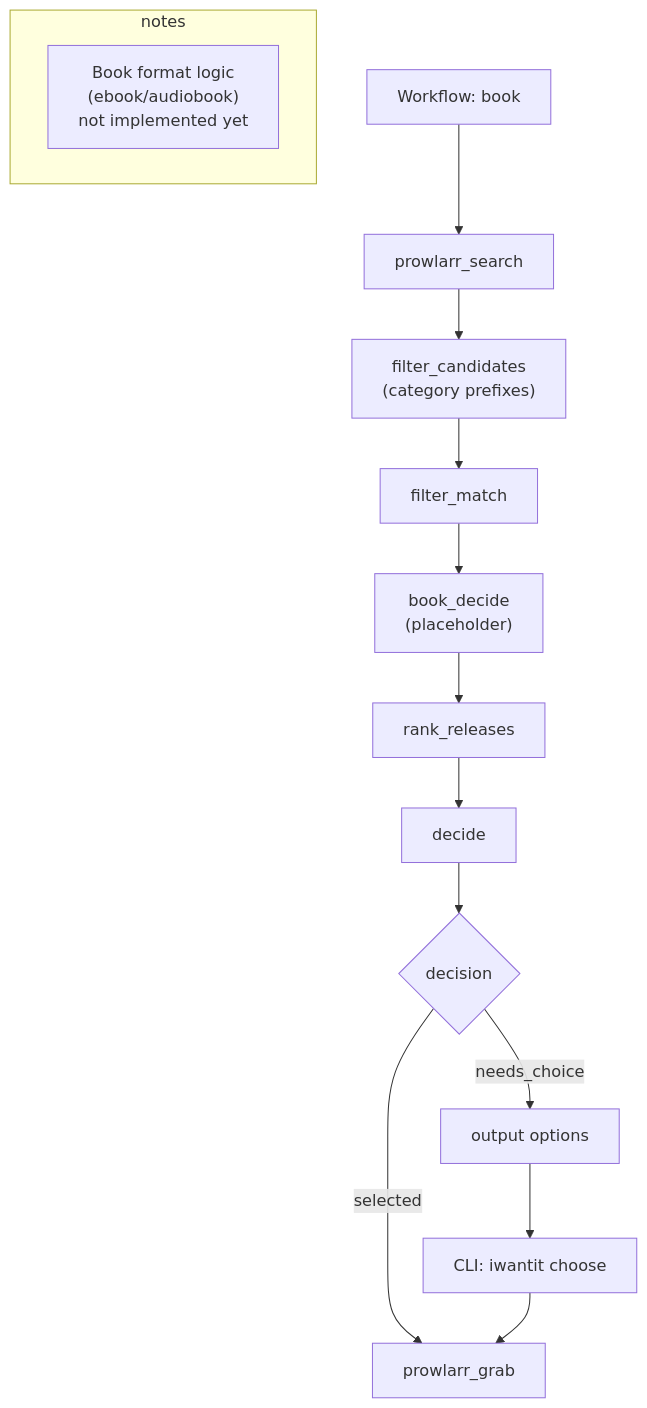
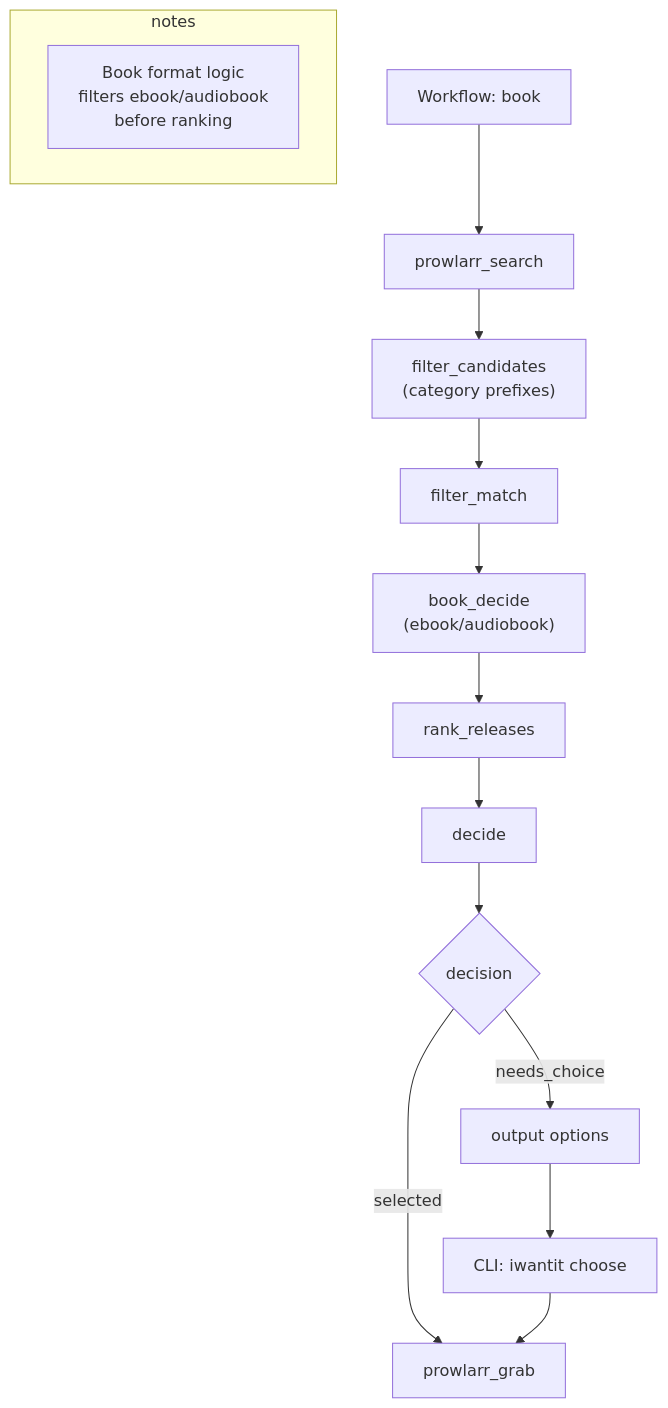
The diagram in docs/diagrams/book-workflow.mmd (siraht/IWantIt), drawn with Mermaid before and after one commit. The commit also changed 6 other files, not shown here.

```diff
--- a/docs/diagrams/book-workflow.mmd
+++ b/docs/diagrams/book-workflow.mmd
@@ -1,16 +1,16 @@
 flowchart TD
     A[Workflow: book] --> B[prowlarr_search]
     B --> C["filter_candidates<br/>(category prefixes)"]
     C --> D[filter_match]
-    D --> E["book_decide<br/>(placeholder)"]
+    D --> E["book_decide<br/>(ebook/audiobook)"]
     E --> F[rank_releases]
     F --> G[decide]
     G --> H{decision}
     H -->|selected| I[prowlarr_grab]
     H -->|needs_choice| J[output options]
     J --> K[CLI: iwantit choose]
     K --> I
 
     subgraph notes
-        N1["Book format logic<br/>(ebook/audiobook)<br/>not implemented yet"]
+        N1["Book format logic<br/>filters ebook/audiobook<br/>before ranking"]
     end
```
